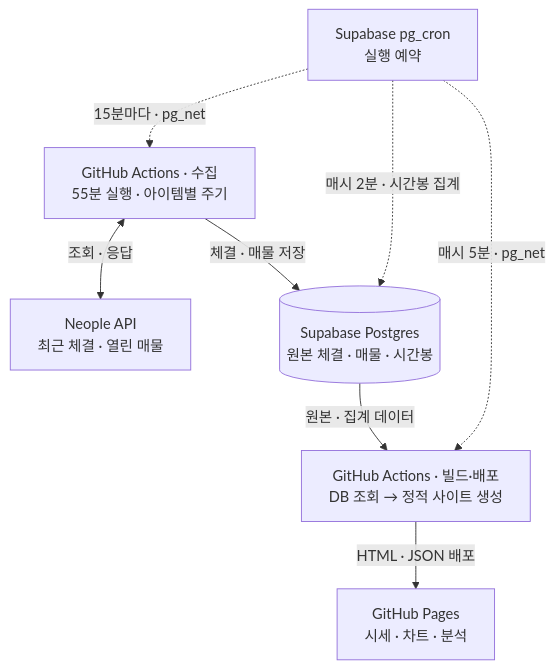
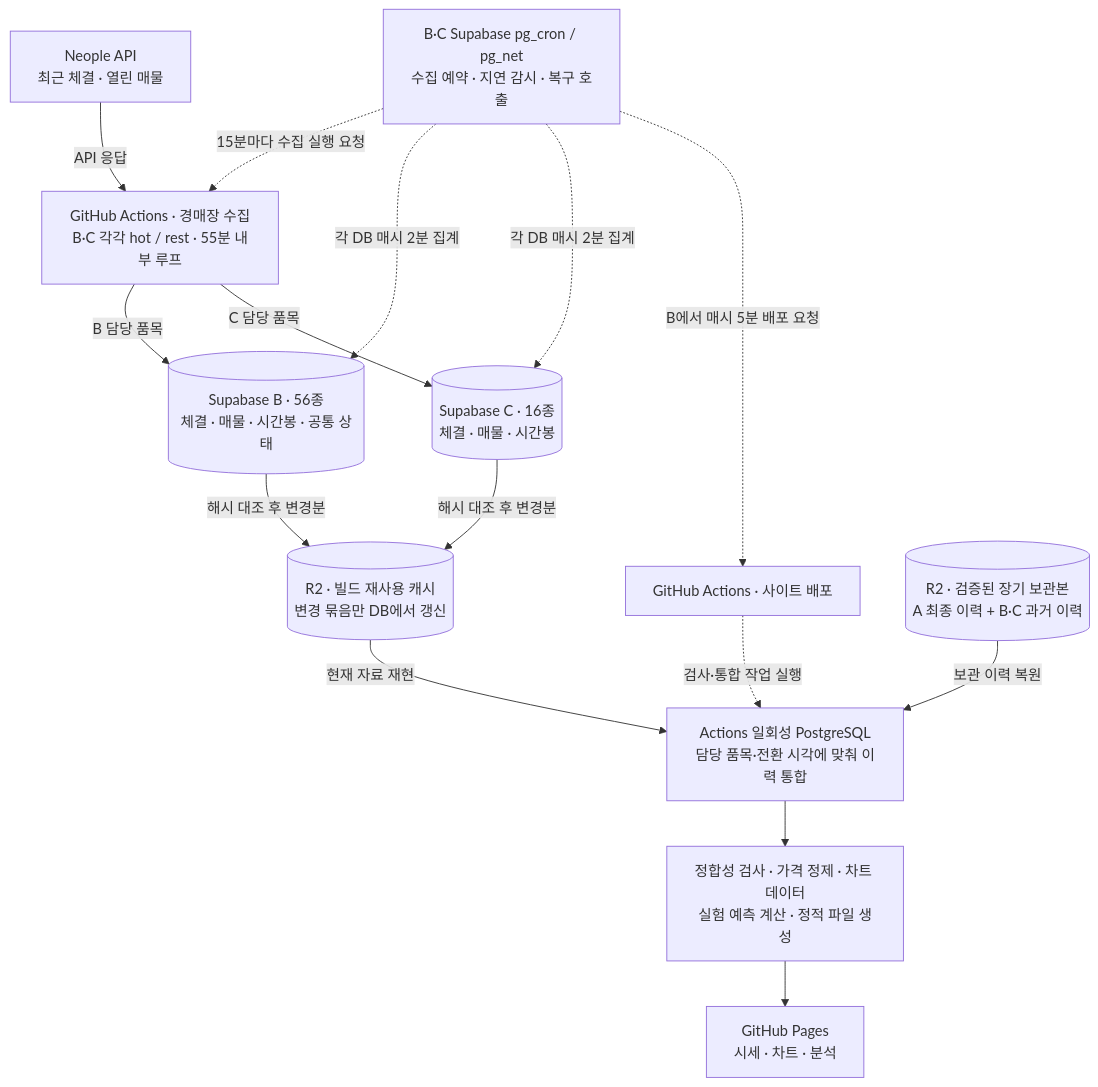
The first of 2 diagrams in README.md (kimtaehoon1107-gif/dnf-price-tracker), drawn with Mermaid before and after one commit. The commit also changed other lines of this file, not shown here.

Commit message:
docs: update workflow diagrams for B C archives and forecast validation (#62)

````diff
--- a/README.md
+++ b/README.md
@@ -65,17 +69,28 @@
 ```mermaid
 flowchart TD
-    cron["Supabase pg_cron<br/>실행 예약"]
     api["Neople API<br/>최근 체결 · 열린 매물"]
-    collect["GitHub Actions · 수집<br/>55분 실행 · 아이템별 주기"]
-    db[("Supabase Postgres<br/>원본 체결 · 매물 · 시간봉")]
-    build["GitHub Actions · 빌드·배포<br/>DB 조회 → 정적 사이트 생성"]
+    cron["B·C Supabase pg_cron / pg_net<br/>수집 예약 · 지연 감시 · 복구 호출"]
+    collect["GitHub Actions · 경매장 수집<br/>B·C 각각 hot / rest · 55분 내부 루프"]
+    b[("Supabase B · 56종<br/>체결 · 매물 · 시간봉 · 공통 상태")]
+    c[("Supabase C · 16종<br/>체결 · 매물 · 시간봉")]
+    build["GitHub Actions · 사이트 배포"]
+    cache[("R2 · 빌드 재사용 캐시<br/>변경 묶음만 DB에서 갱신")]
+    history[("R2 · 검증된 장기 보관본<br/>A 최종 이력 + B·C 과거 이력")]
+    replica["Actions 일회성 PostgreSQL<br/>담당 품목·전환 시각에 맞춰 이력 통합"]
+    render["정합성 검사 · 가격 정제 · 차트 데이터<br/>실험 예측 계산 · 정적 파일 생성"]
     pages["GitHub Pages<br/>시세 · 차트 · 분석"]
 
-    cron -. "15분마다 · pg_net" .-> collect
-    collect <-->|"조회 · 응답"| api
-    collect -->|"체결 · 매물 저장"| db
-    cron -. "매시 2분 · 시간봉 집계" .-> db
-    cron -. "매시 5분 · pg_net" .-> build
-    db -->|"원본 · 집계 데이터"| build
-    build -->|"HTML · JSON 배포"| pages
+    cron -. "15분마다 수집 실행 요청" .-> collect
+    api -->|"API 응답"| collect
+    collect -->|"B 담당 품목"| b
+    collect -->|"C 담당 품목"| c
+    cron -. "각 DB 매시 2분 집계" .-> b
+    cron -. "각 DB 매시 2분 집계" .-> c
+    cron -. "B에서 매시 5분 배포 요청" .-> build
+    build -. "검사·통합 작업 실행" .-> replica
+    b -->|"해시 대조 후 변경분"| cache
+    c -->|"해시 대조 후 변경분"| cache
+    cache -->|"현재 자료 재현"| replica
+    history -->|"보관 이력 복원"| replica
+    replica --> render --> pages
 ```
````
